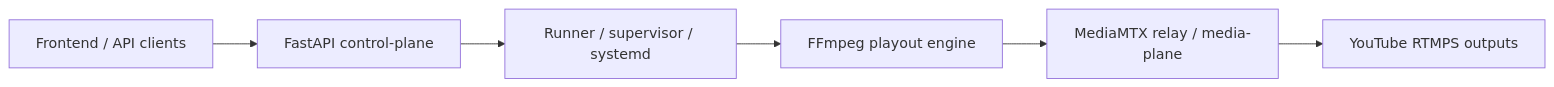
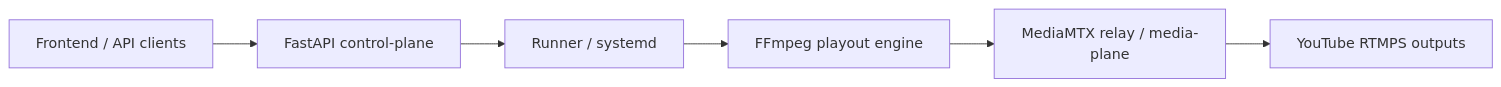
Before and after one commit to slonce70/youtube_translation: the diagram in docs/ARCHITECTURE.md, drawn with Mermaid. The commit also changed other lines of this file and 84 other files, not shown here.

````diff
--- a/docs/ARCHITECTURE.md
+++ b/docs/ARCHITECTURE.md
@@ -415,8 +428,8 @@
 ```mermaid
 flowchart LR
   UI["Frontend / API clients"] --> API["FastAPI control-plane"]
-  API --> RUNNER["Runner / supervisor / systemd"]
+  API --> RUNNER["Runner / systemd"]
   RUNNER --> FFMPEG["FFmpeg playout engine"]
   FFMPEG --> MTX["MediaMTX relay / media-plane"]
   MTX --> YT["YouTube RTMPS outputs"]
 ```
````
